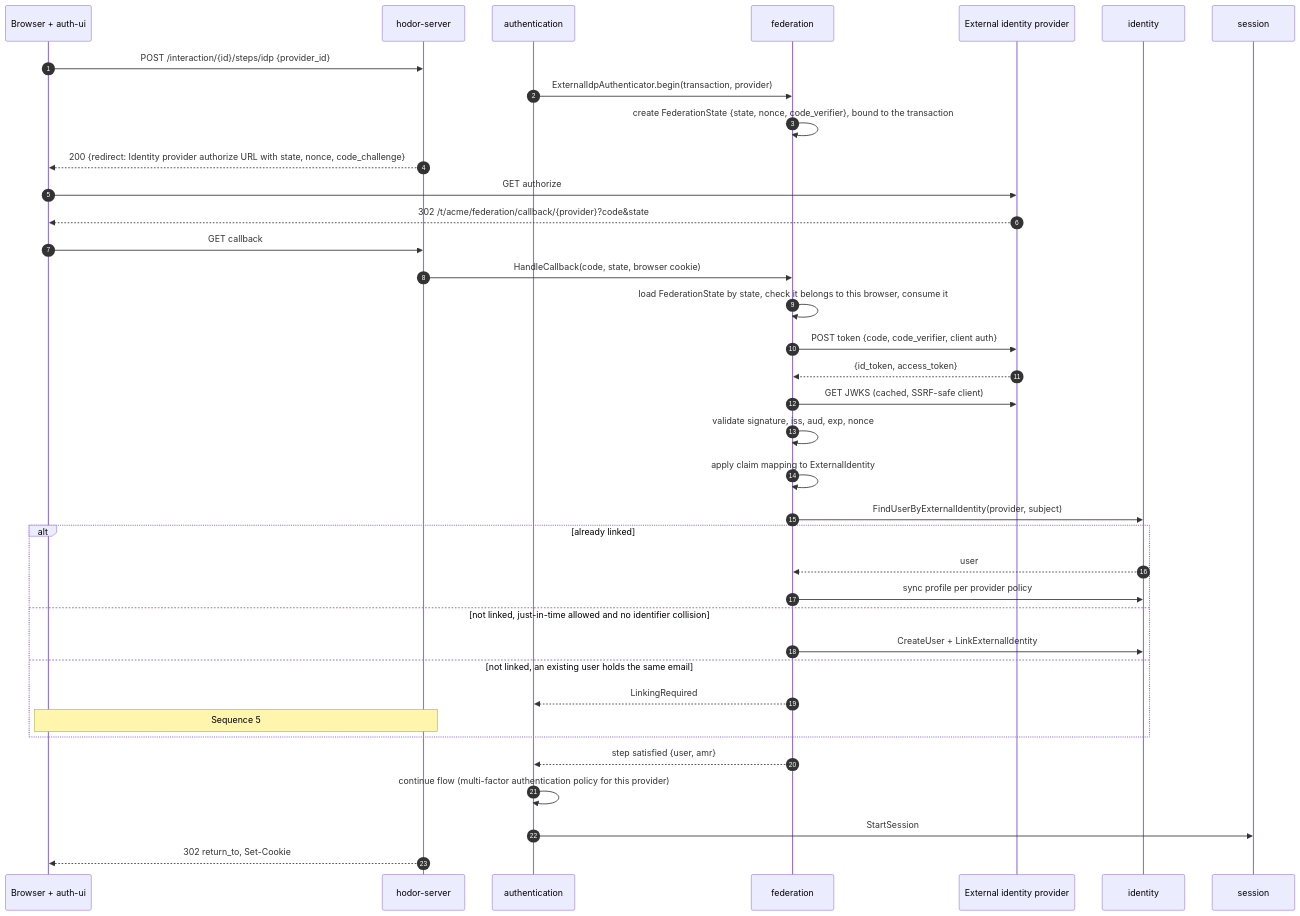
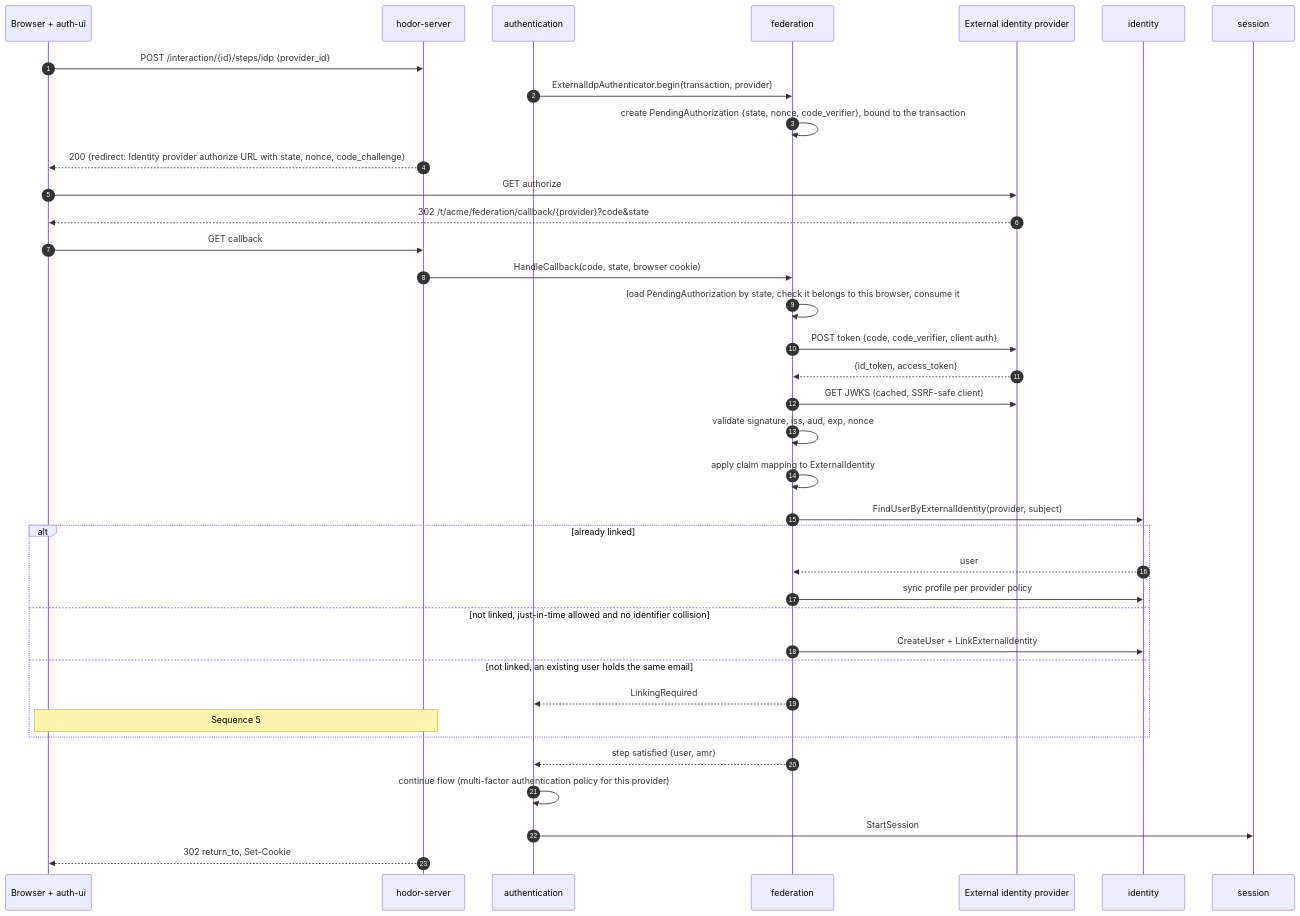
Before and after one commit to ortisun/hodor: the fourth of 7 diagrams in docs/protocols/sequences.md, drawn with Mermaid. The commit also changed other lines of this file and 20 other files, not shown here.

First line of the commit message:
refactor(federation): call the record of a person away at a provider a pending authorization

````diff
--- a/docs/protocols/sequences.md
+++ b/docs/protocols/sequences.md
@@ -137,40 +137,40 @@
 ```mermaid
 sequenceDiagram
     autonumber
     participant Browser as Browser + auth-ui
     participant Server as hodor-server
     participant Authentication as authentication
     participant Federation as federation
     participant ExternalProvider as External identity provider
     participant Identity as identity
     participant Session as session
 
     Browser->>Server: POST /interaction/{id}/steps/idp {provider_id}
     Authentication->>Federation: ExternalIdpAuthenticator.begin(transaction, provider)
-    Federation->>Federation: create FederationState {state, nonce, code_verifier}, bound to the transaction
+    Federation->>Federation: create PendingAuthorization {state, nonce, code_verifier}, bound to the transaction
     Server-->>Browser: 200 {redirect: Identity provider authorize URL with state, nonce, code_challenge}
     Browser->>ExternalProvider: GET authorize
     ExternalProvider-->>Browser: 302 /t/acme/federation/callback/{provider}?code&state
     Browser->>Server: GET callback
     Server->>Federation: HandleCallback(code, state, browser cookie)
-    Federation->>Federation: load FederationState by state, check it belongs to this browser, consume it
+    Federation->>Federation: load PendingAuthorization by state, check it belongs to this browser, consume it
     Federation->>ExternalProvider: POST token {code, code_verifier, client auth}
     ExternalProvider-->>Federation: {id_token, access_token}
     Federation->>ExternalProvider: GET JWKS (cached, SSRF-safe client)
     Federation->>Federation: validate signature, iss, aud, exp, nonce
     Federation->>Federation: apply claim mapping to ExternalIdentity
     Federation->>Identity: FindUserByExternalIdentity(provider, subject)
     alt already linked
         Identity-->>Federation: user
         Federation->>Identity: sync profile per provider policy
     else not linked, just-in-time allowed and no identifier collision
         Federation->>Identity: CreateUser + LinkExternalIdentity
     else not linked, an existing user holds the same email
         Federation-->>Authentication: LinkingRequired
         Note over Browser,Server: Sequence 5
     end
     Federation-->>Authentication: step satisfied {user, amr}
     Authentication->>Authentication: continue flow (multi-factor authentication policy for this provider)
     Authentication->>Session: StartSession
     Server-->>Browser: 302 return_to, Set-Cookie
 ```
````
